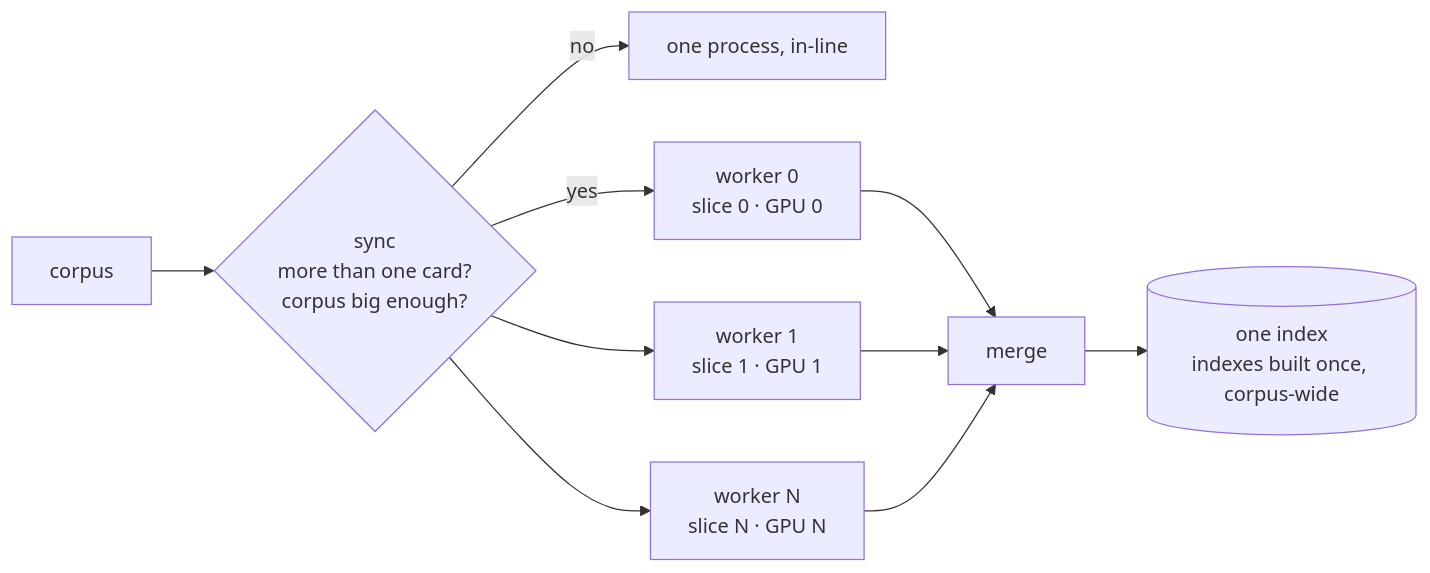
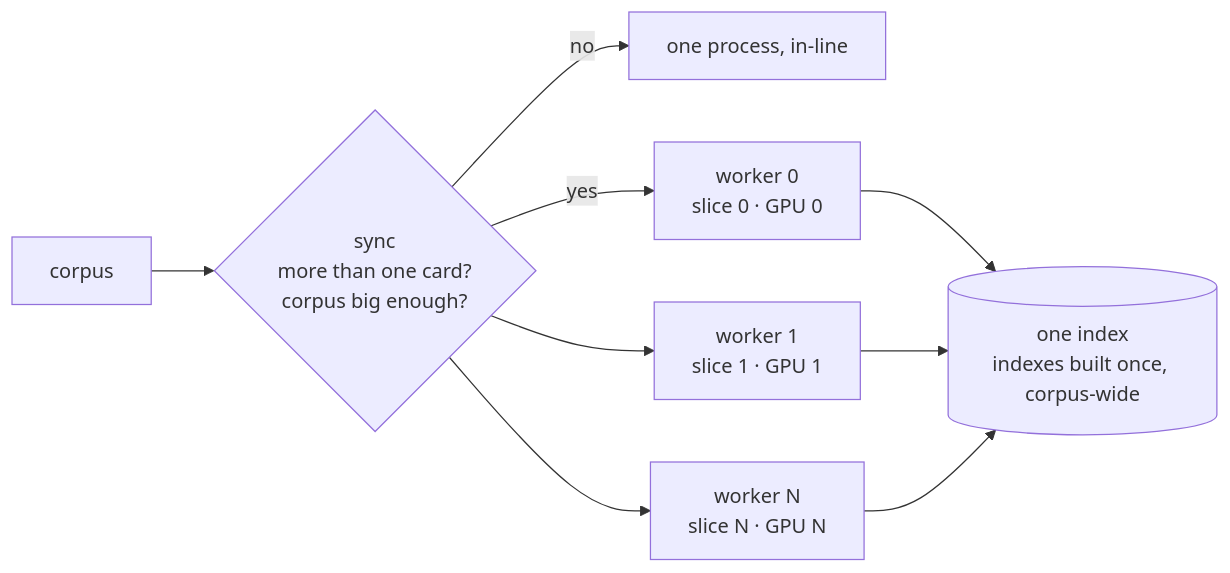
Before and after one commit to tobocop2/lilbee: the fifth of 15 diagrams in docs/architecture.md, drawn with Mermaid. The commit also changed other lines of this file and 3 other files, not shown here.

First line of the commit message:
Describe the fan-out sync that writes one index

````diff
--- a/docs/architecture.md
+++ b/docs/architecture.md
@@ -363,12 +364,11 @@
 ```mermaid
 flowchart LR
     C[corpus] --> S{"sync<br/>more than one card?<br/>corpus big enough?"}
     S -->|no| P[one process, in-line]
     S -->|yes| W0["worker 0<br/>slice 0 · GPU 0"]
     S --> W1["worker 1<br/>slice 1 · GPU 1"]
     S --> W2["worker N<br/>slice N · GPU N"]
-    W0 --> M[merge]
-    W1 --> M
-    W2 --> M
-    M --> I[("one index<br/>indexes built once, corpus-wide")]
+    W0 --> I[("one index<br/>indexes built once, corpus-wide")]
+    W1 --> I
+    W2 --> I
 ```
````
